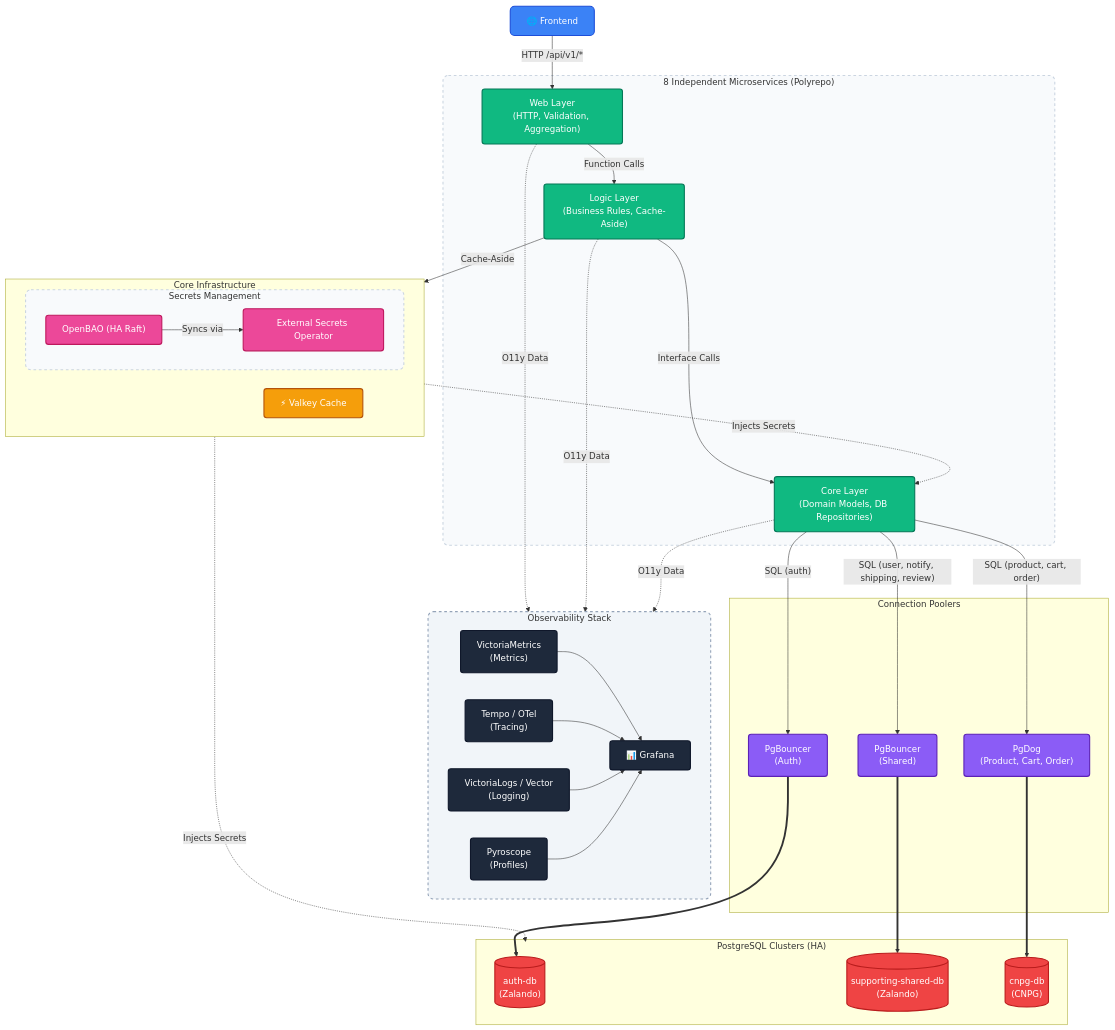
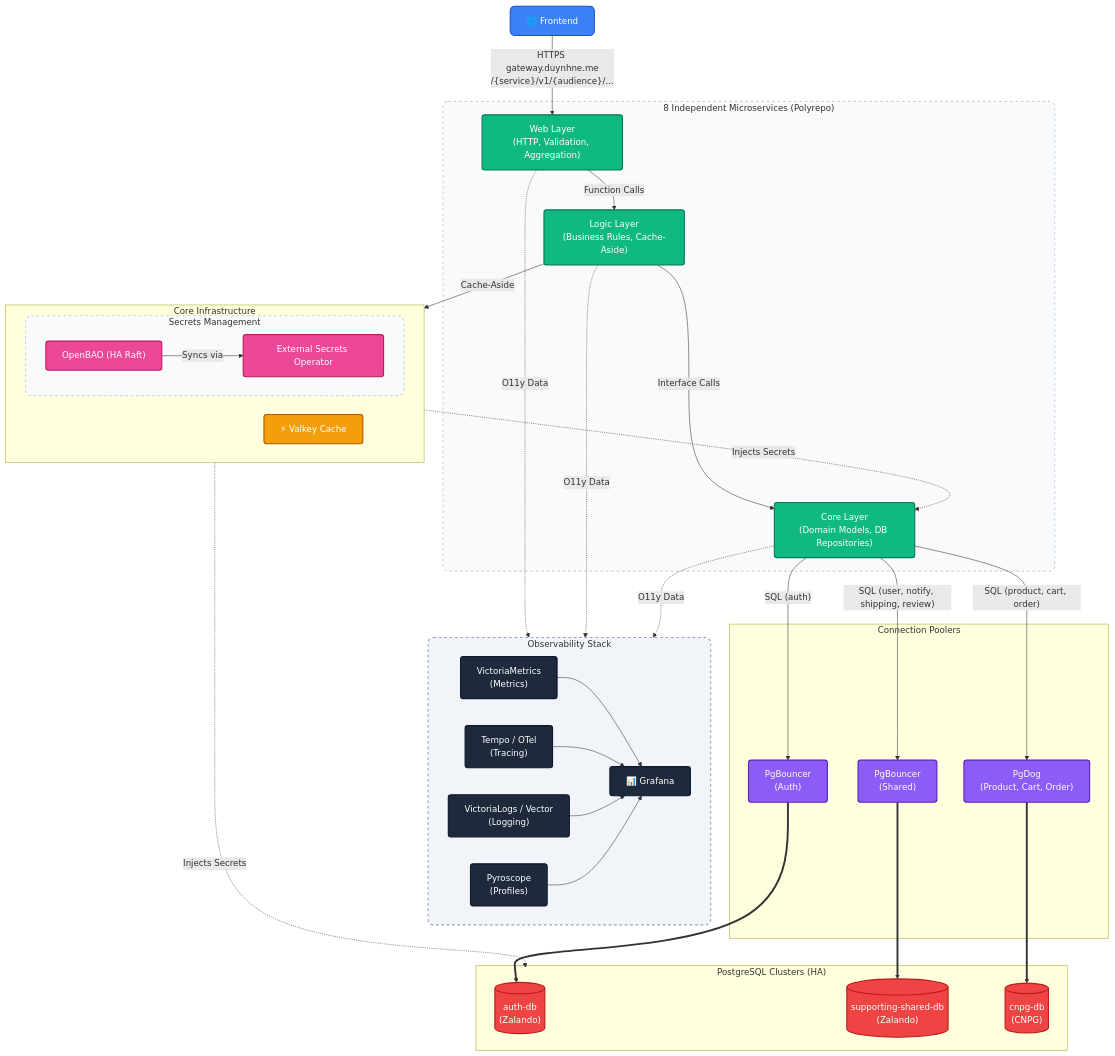
One commit to duynhlab/homelab changed the diagram in README.md. Above: the diagram before and after it, drawn with Mermaid. The commit also changed other lines of this file and 13 other files, not shown here.

```diff
--- a/README.md
+++ b/README.md
@@ -97,7 +94,7 @@
     end
 
     %% Connections
-    FE -->|"HTTP /api/v1/*"| WebLayer
+    FE -->|"HTTPS gateway.duynhne.me<br/>/{service}/v1/{audience}/..."| WebLayer
     
     WebLayer & LogicLayer & CoreLayer -.->|"O11y Data"| Observability
     
```
